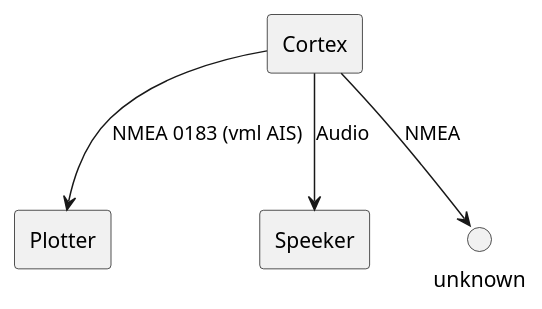
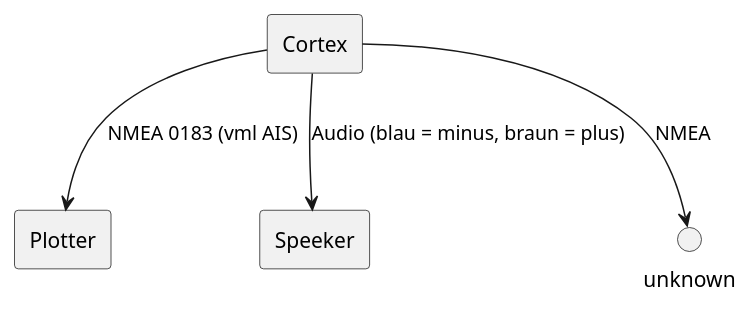
The first of 2 diagrams in datenfluss.plantuml (i7i5/knidos-notices), drawn with PlantUML before and after one commit. The commit also changed 1 other file, not shown here.

Commit message:
audio reverse engeneering blue=minus, brown=plus, additional thoughts

```diff
--- a/datenfluss.plantuml
+++ b/datenfluss.plantuml
@@ -1,10 +1,10 @@
 @startuml cortex
 skinparam componentStyle rectangle
 
 [Cortex] as CORTEX
 
 CORTEX -down-> [Plotter]: NMEA 0183 (vml AIS)
-CORTEX -down-> [Speeker]: Audio
+CORTEX -down-> [Speeker]: Audio (blau = minus, braun = plus)
 CORTEX -down-> unknown: NMEA
 
 @enduml
```
